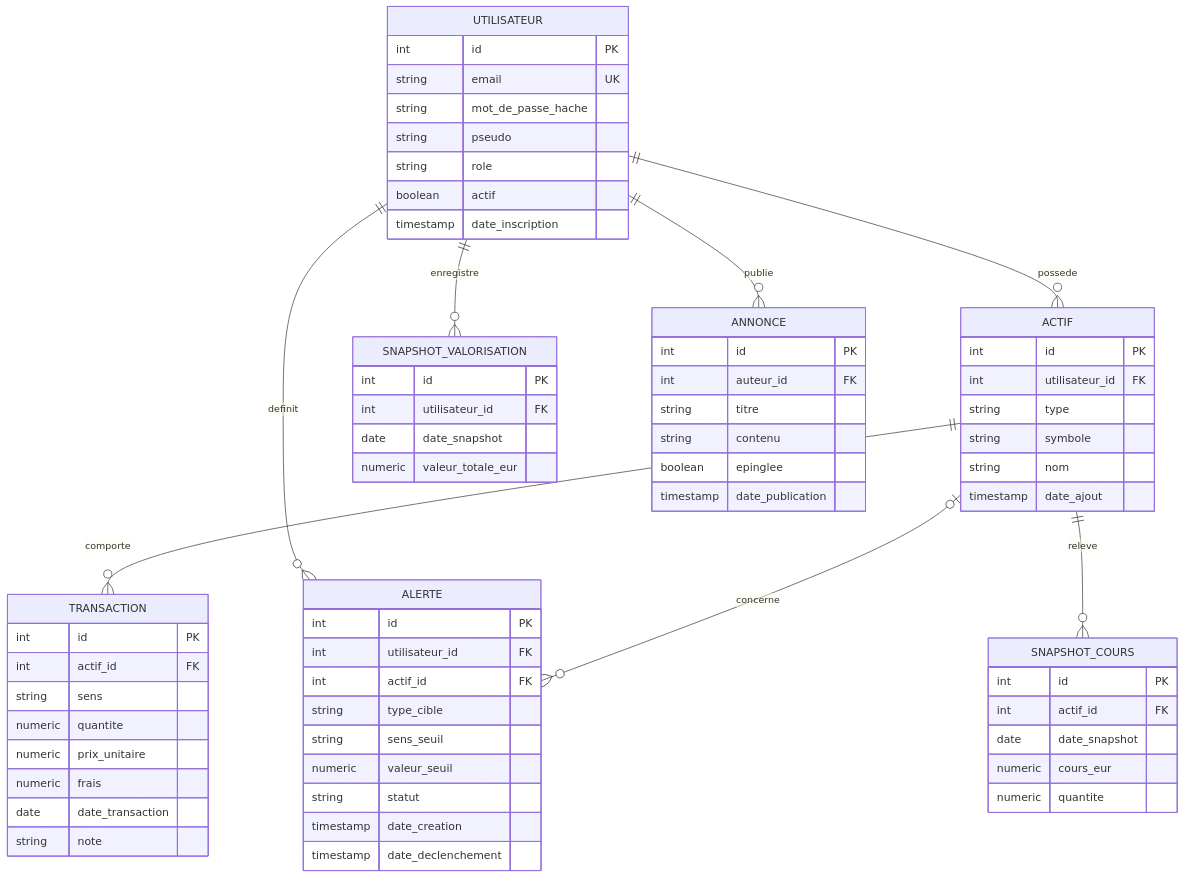
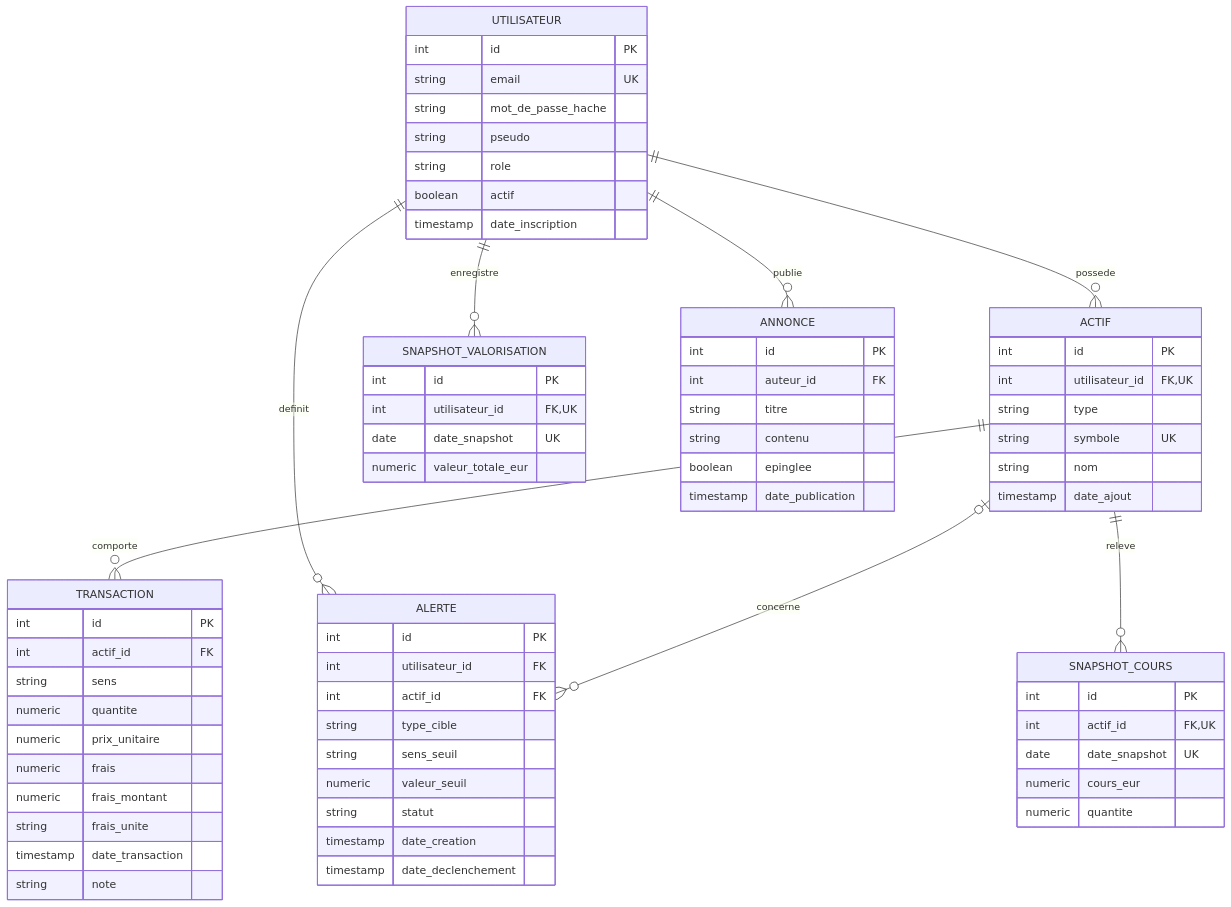
One commit to geoffrey-carpentier/CapitAll changed the second of 2 diagrams in docs/conception/modele-de-donnees.md. Above: the diagram before and after it, drawn with Mermaid. The commit also changed other lines of this file and 11 other files, not shown here.

````diff
--- a/docs/conception/modele-de-donnees.md
+++ b/docs/conception/modele-de-donnees.md
@@ -139,70 +150,72 @@
 ```mermaid
 erDiagram
     UTILISATEUR ||--o{ ACTIF : possede
     ACTIF ||--o{ TRANSACTION : comporte
     UTILISATEUR ||--o{ ALERTE : definit
     ACTIF |o--o{ ALERTE : concerne
     UTILISATEUR ||--o{ SNAPSHOT_VALORISATION : enregistre
     ACTIF ||--o{ SNAPSHOT_COURS : releve
     UTILISATEUR ||--o{ ANNONCE : publie
 
     UTILISATEUR {
         int id PK
         string email UK
         string mot_de_passe_hache
         string pseudo
         string role
         boolean actif
         timestamp date_inscription
     }
     ACTIF {
         int id PK
-        int utilisateur_id FK
+        int utilisateur_id FK,UK
         string type
-        string symbole
+        string symbole UK
         string nom
         timestamp date_ajout
     }
     TRANSACTION {
         int id PK
         int actif_id FK
         string sens
         numeric quantite
         numeric prix_unitaire
         numeric frais
-        date date_transaction
+        numeric frais_montant
+        string frais_unite
+        timestamp date_transaction
         string note
     }
     ALERTE {
         int id PK
         int utilisateur_id FK
         int actif_id FK
         string type_cible
         string sens_seuil
         numeric valeur_seuil
         string statut
         timestamp date_creation
         timestamp date_declenchement
     }
     SNAPSHOT_VALORISATION {
         int id PK
-        int utilisateur_id FK
-        date date_snapshot
+        int utilisateur_id FK,UK
+        date date_snapshot UK
         numeric valeur_totale_eur
     }
     SNAPSHOT_COURS {
         int id PK
-        int actif_id FK
-        date date_snapshot
+        int actif_id FK,UK
+        date date_snapshot UK
         numeric cours_eur
         numeric quantite
     }
     ANNONCE {
         int id PK
         int auteur_id FK
         string titre
         string contenu
         boolean epinglee
         timestamp date_publication
     }
 ```
````
